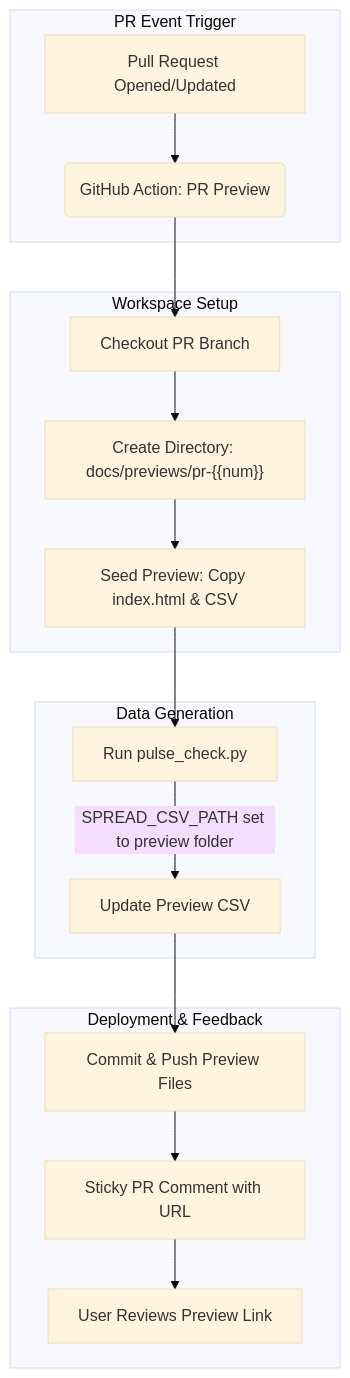
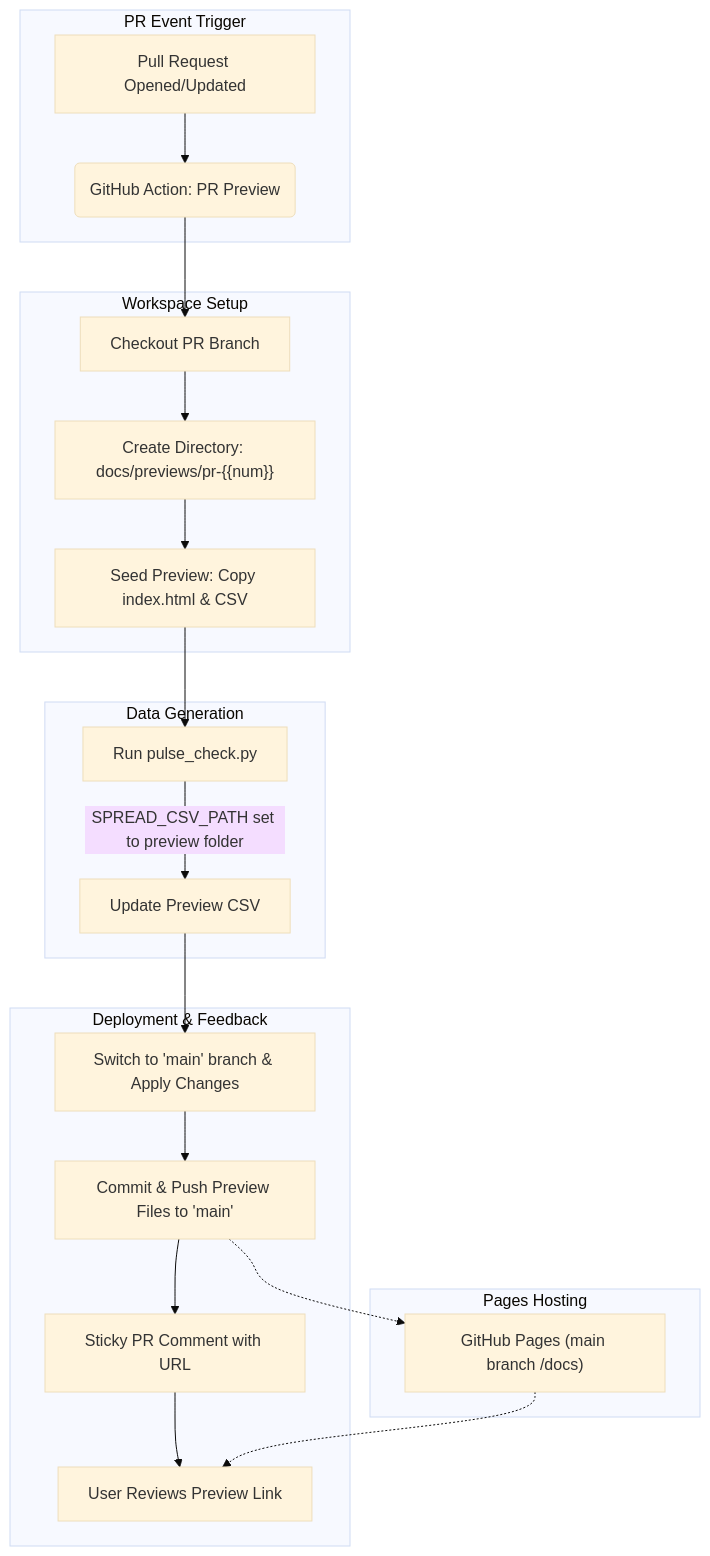
The diagram in pr_preview_flow.mmd (rnparker/Gemini-Sandbox), drawn with Mermaid (base theme) before and after one commit. The commit also changed 1 other file, not shown here.

Commit message:
refactor: push PR previews to main branch for Pages hosting

```diff
--- a/pr_preview_flow.mmd
+++ b/pr_preview_flow.mmd
@@ -1,21 +1,27 @@
 graph TD
     subgraph "PR Event Trigger"
         A["Pull Request Opened/Updated"] --> B("GitHub Action: PR Preview")
     end
 
     subgraph "Workspace Setup"
         B --> C["Checkout PR Branch"]
         C --> D["Create Directory: docs/previews/pr-{{num}}"]
         D --> E["Seed Preview: Copy index.html & CSV"]
     end
 
     subgraph "Data Generation"
         E --> F["Run pulse_check.py"]
         F -- "SPREAD_CSV_PATH set to preview folder" --> G["Update Preview CSV"]
     end
 
     subgraph "Deployment & Feedback"
-        G --> H["Commit & Push Preview Files"]
-        H --> I["Sticky PR Comment with URL"]
-        I --> J["User Reviews Preview Link"]
+        G --> H["Switch to 'main' branch & Apply Changes"]
+        H --> I["Commit & Push Preview Files to 'main'"]
+        I --> J["Sticky PR Comment with URL"]
+        J --> K["User Reviews Preview Link"]
     end
+
+    subgraph "Pages Hosting"
+        I -.-> L["GitHub Pages (main branch /docs)"]
+        L -.-> K
+    end
```
